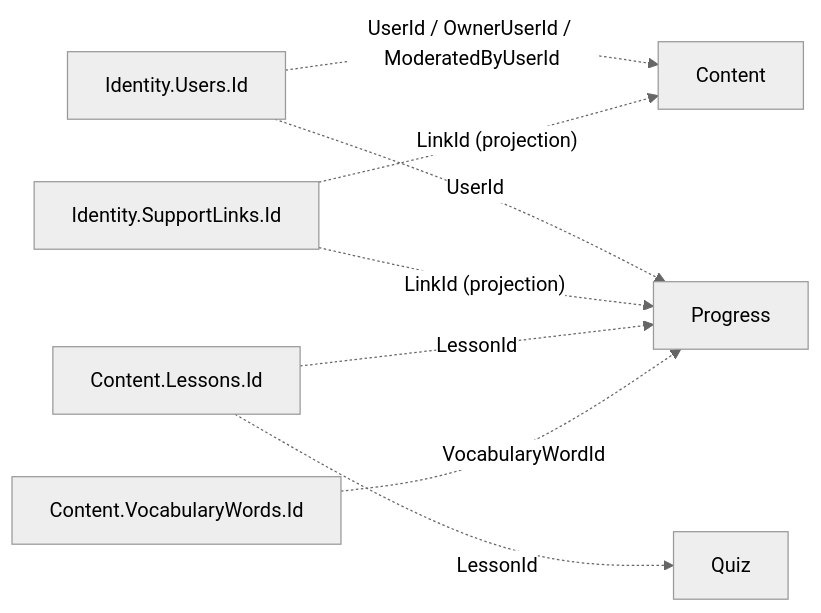
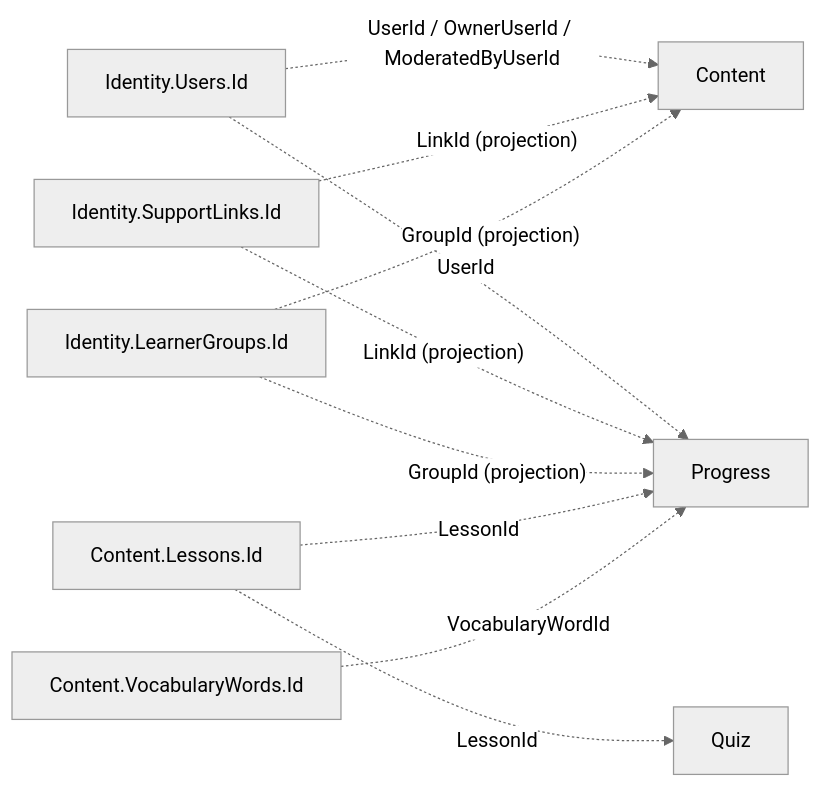
Before and after one commit to hunglu/WordBuddy: the diagram in docs/database-diagram/README.md, drawn with Mermaid (neutral theme). The commit also changed other lines of this file and 160 other files, not shown here.

````diff
--- a/docs/database-diagram/README.md
+++ b/docs/database-diagram/README.md
@@ -20,10 +20,12 @@
 ```mermaid
 flowchart LR
     U["Identity.Users.Id"] -. UserId / OwnerUserId / ModeratedByUserId .-> C[Content]
     U -. UserId .-> P[Progress]
     S["Identity.SupportLinks.Id"] -. LinkId (projection) .-> C
     S -. LinkId (projection) .-> P
+    G["Identity.LearnerGroups.Id"] -. GroupId (projection) .-> C
+    G -. GroupId (projection) .-> P
     L["Content.Lessons.Id"] -. LessonId .-> Q[Quiz]
     L -. LessonId .-> P
     V["Content.VocabularyWords.Id"] -. VocabularyWordId .-> P
 ```
````
